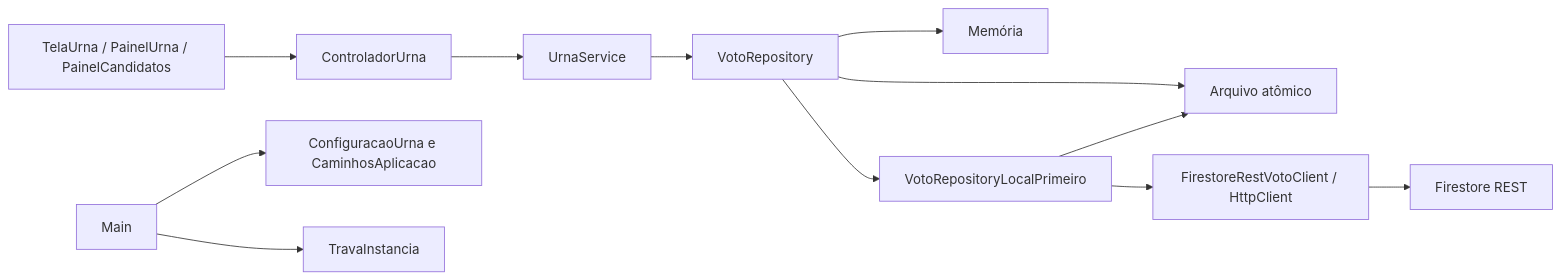
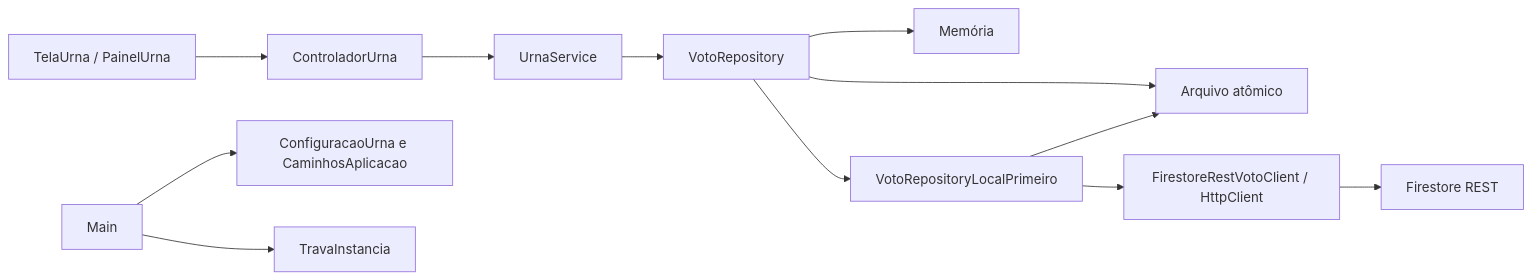
The first of 2 diagrams in docs/diagrama-classes.md (Sudo-Marco/urna-cidada), drawn with Mermaid before and after one commit. The commit also changed other lines of this file and 7 other files, not shown here.

Commit message:
ui: remove painel lateral de candidatos

````diff
--- a/docs/diagrama-classes.md
+++ b/docs/diagrama-classes.md
@@ -7,14 +7,14 @@
 ```mermaid
 flowchart LR
-  T[TelaUrna / PainelUrna / PainelCandidatos] --> C[ControladorUrna]
+  T[TelaUrna / PainelUrna] --> C[ControladorUrna]
   C --> S[UrnaService]
   S --> R[VotoRepository]
   R --> M[Memória]
   R --> A[Arquivo atômico]
   R --> L[VotoRepositoryLocalPrimeiro]
   L --> A
   L --> H[FirestoreRestVotoClient / HttpClient]
   H --> F[Firestore REST]
   P[Main] --> CFG[ConfiguracaoUrna e CaminhosAplicacao]
   P --> LOCK[TravaInstancia]
 ```
````
